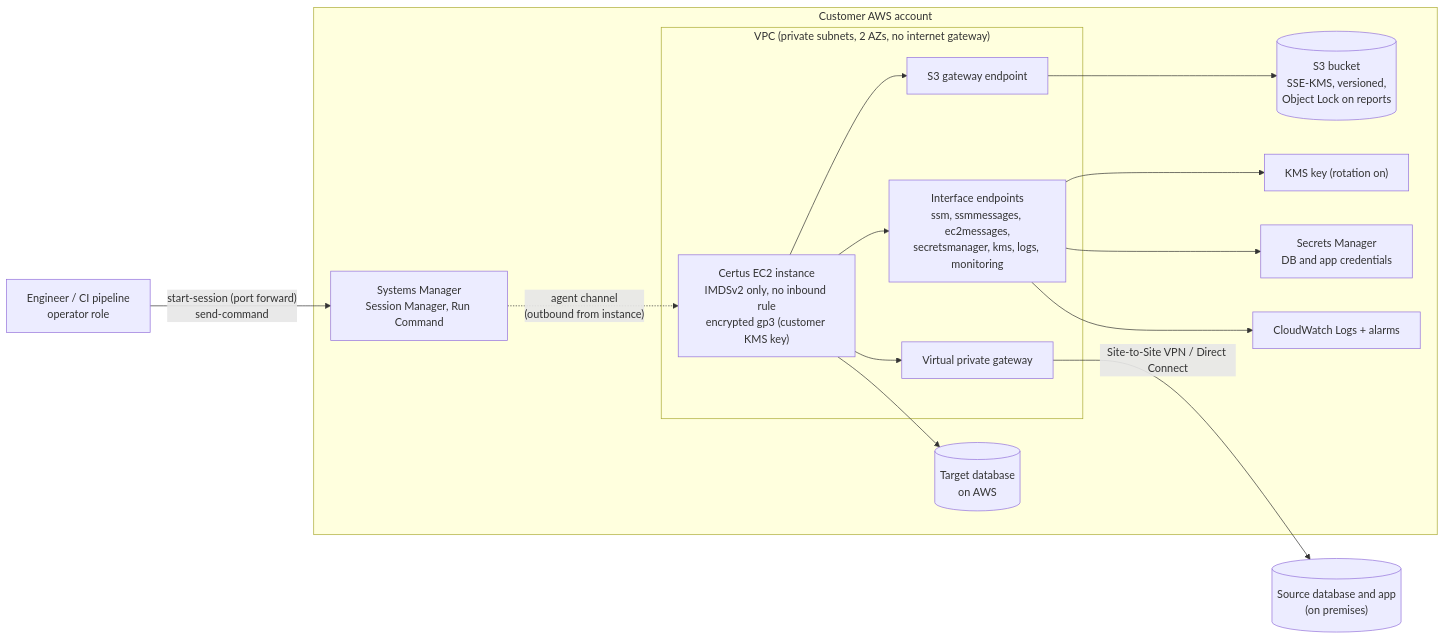
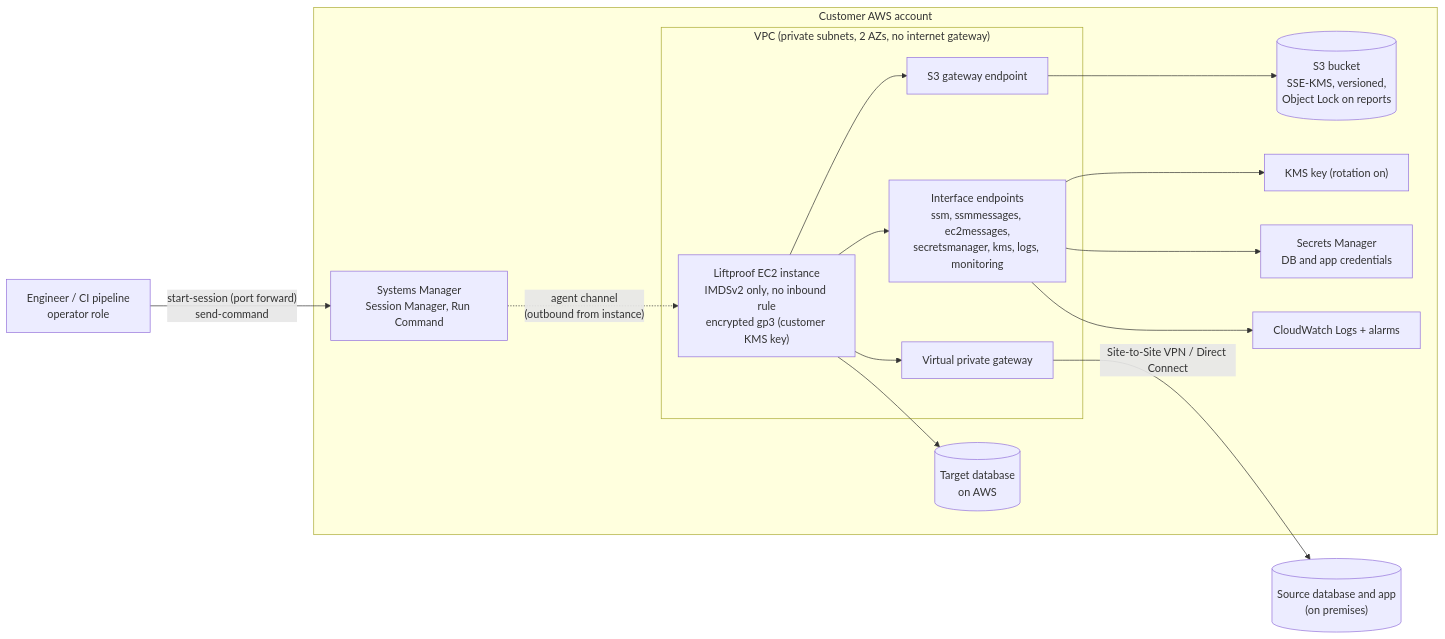
Before and after one commit to algorimsteamgh/liftproof: the diagram in infra/README.md, drawn with Mermaid. The commit also changed other lines of this file and 87 other files, not shown here.

````diff
--- a/infra/README.md
+++ b/infra/README.md
@@ -21,25 +21,25 @@
 ```mermaid
 flowchart LR
   subgraph Customer AWS account
     subgraph VPC["VPC (private subnets, 2 AZs, no internet gateway)"]
-      EC2["Certus EC2 instance<br/>IMDSv2 only, no inbound rule<br/>encrypted gp3 (customer KMS key)"]
+      EC2["Liftproof EC2 instance<br/>IMDSv2 only, no inbound rule<br/>encrypted gp3 (customer KMS key)"]
       EP["Interface endpoints<br/>ssm, ssmmessages, ec2messages,<br/>secretsmanager, kms, logs, monitoring"]
       S3GW["S3 gateway endpoint"]
       VGW["Virtual private gateway"]
     end
     S3[("S3 bucket<br/>SSE-KMS, versioned,<br/>Object Lock on reports")]
     KMS["KMS key (rotation on)"]
     SM["Secrets Manager<br/>DB and app credentials"]
     CWL["CloudWatch Logs + alarms"]
     SSM["Systems Manager<br/>Session Manager, Run Command"]
     TGT[("Target database<br/>on AWS")]
   end
   ONP[("Source database and app<br/>(on premises)")]
   OP["Engineer / CI pipeline<br/>operator role"]
 
   EC2 --> EP --> SM & KMS & CWL
   EC2 --> S3GW --> S3
   EC2 --> TGT
   EC2 --> VGW -- "Site-to-Site VPN / Direct Connect" --> ONP
   OP -- "start-session (port forward)<br/>send-command" --> SSM -. "agent channel<br/>(outbound from instance)" .-> EC2
 ```
````
